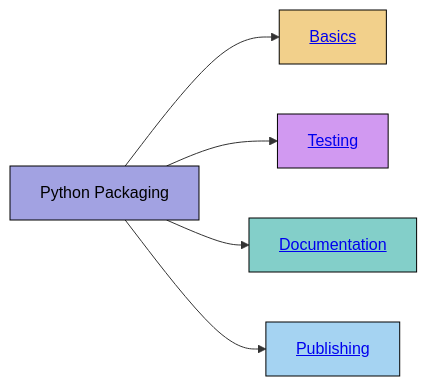
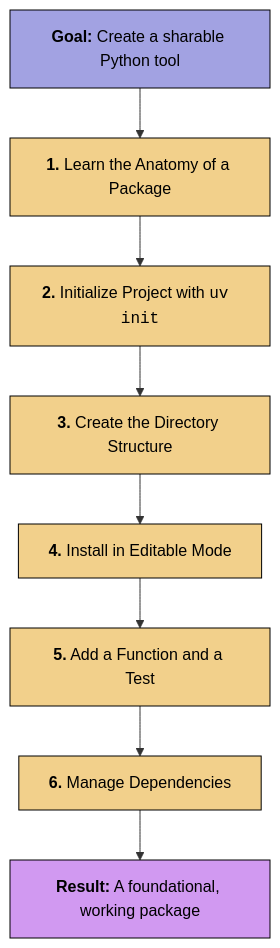
Before and after one commit to digital-work-lab/open-source-project: the diagram in docs/week_3_python_packages.md, drawn with Mermaid. The commit also changed other lines of this file, not shown here.

First line of the commit message:
Revise Python package creation documentation

````diff
--- a/docs/week_3_python_packages.md
+++ b/docs/week_3_python_packages.md
@@ -14,13 +14,20 @@
 ```mermaid
-graph LR
-    A["Python Packaging"] --> B0[<a href="#python-packages">Basics</a>] 
-    A --> B1[<a href="#testing">Testing</a>]
-    A --> B2[<a href="#documentation">Documentation</a>]
-    A --> B3[<a href="#publishing">Publishing</a>]
+graph TD
+    A["<b>Goal:</b> Create a sharable Python tool"] --> B["<b>1.</b> Learn the Anatomy of a Package"];
+    B --> C["<b>2.</b> Initialize Project with <code>uv init</code>"];
+    C --> D["<b>3.</b> Create the Directory Structure"];
+    D --> E["<b>4.</b> Install in Editable Mode"];
+    E --> F["<b>5.</b> Add a Function and a Test"];
+    F --> G["<b>6.</b> Manage Dependencies"];
+    G --> H["<b>Result:</b> A foundational, working package"];
+
 
     style A fill:#a2a2e2,stroke:#000,stroke-width:1px,color:#000
-    style B1 fill:#d199f1,stroke:#000,stroke-width:1px,color:#000
-    style B2 fill:#83cfc9,stroke:#000,stroke-width:1px,color:#000
-    style B3 fill:#a5d3f2,stroke:#000,stroke-width:1px,color:#000
-    style B0 fill:#f2d08b,stroke:#000,stroke-width:1px,color:#000
+    style B fill:#f2d08b,stroke:#000,stroke-width:1px,color:#000
+    style C fill:#f2d08b,stroke:#000,stroke-width:1px,color:#000
+    style D fill:#f2d08b,stroke:#000,stroke-width:1px,color:#000
+    style E fill:#f2d08b,stroke:#000,stroke-width:1px,color:#000
+    style F fill:#f2d08b,stroke:#000,stroke-width:1px,color:#000
+    style G fill:#f2d08b,stroke:#000,stroke-width:1px,color:#000
+    style H fill:#d199f1,stroke:#000,stroke-width:1px,color:#000
 ```
````
